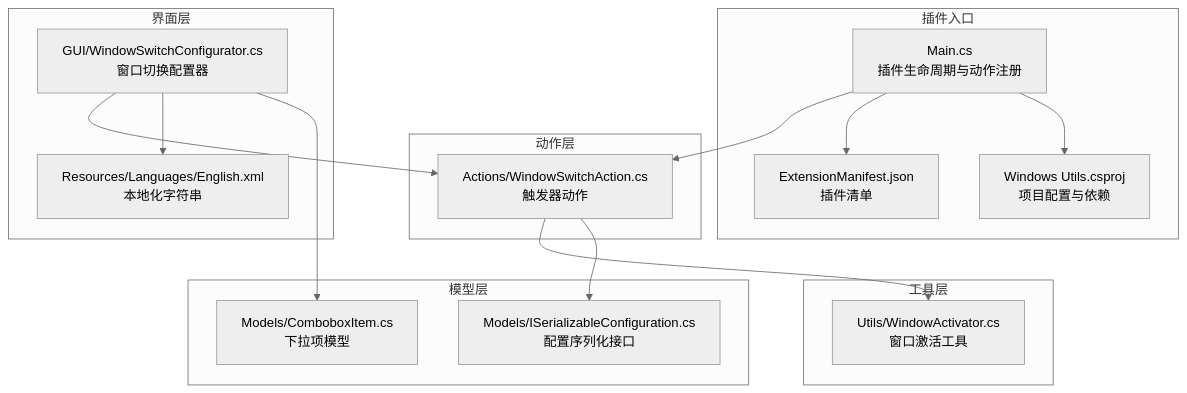
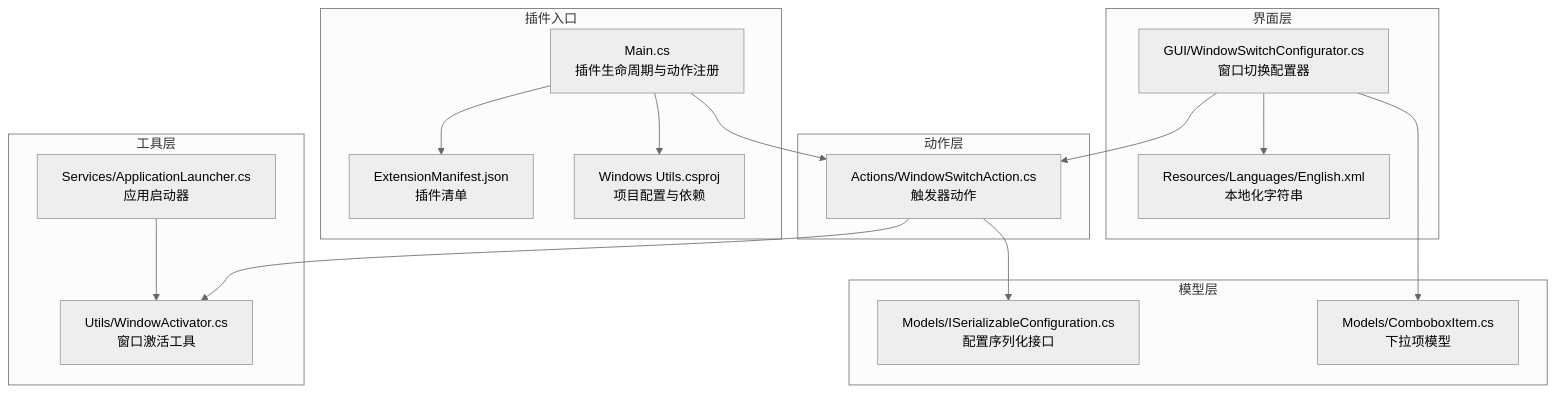
Before and after one commit to tea4go/Macro-Deck-Windows-Utils-Plugin: the first of 6 diagrams in .qoder/repowiki/zh/content/核心功能/窗口管理系统.md, drawn with Mermaid (neutral theme). The commit also changed other lines of this file and 16 other files, not shown here.

````diff
--- a/.qoder/repowiki/zh/content/核心功能/窗口管理系统.md
+++ b/.qoder/repowiki/zh/content/核心功能/窗口管理系统.md
@@ -44,30 +53,32 @@
 ```mermaid
 graph TB
 subgraph "插件入口"
 Main["Main.cs<br/>插件生命周期与动作注册"]
 Manifest["ExtensionManifest.json<br/>插件清单"]
 Proj["Windows Utils.csproj<br/>项目配置与依赖"]
 end
 subgraph "动作层"
 ActWS["Actions/WindowSwitchAction.cs<br/>触发器动作"]
 end
 subgraph "工具层"
 UtilWA["Utils/WindowActivator.cs<br/>窗口激活工具"]
+ServiceAL["Services/ApplicationLauncher.cs<br/>应用启动器"]
 end
 subgraph "界面层"
 GUISwitch["GUI/WindowSwitchConfigurator.cs<br/>窗口切换配置器"]
 Lang["Resources/Languages/English.xml<br/>本地化字符串"]
 end
 subgraph "模型层"
 ModelIS["Models/ISerializableConfiguration.cs<br/>配置序列化接口"]
 ModelCB["Models/ComboboxItem.cs<br/>下拉项模型"]
 end
 Main --> ActWS
 ActWS --> UtilWA
 GUISwitch --> ActWS
 GUISwitch --> Lang
 ActWS --> ModelIS
 GUISwitch --> ModelCB
+ServiceAL --> UtilWA
 Main --> Manifest
 Main --> Proj
 ```
````
